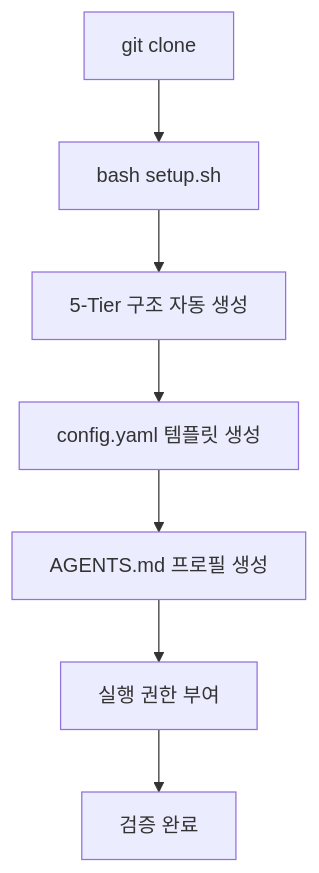
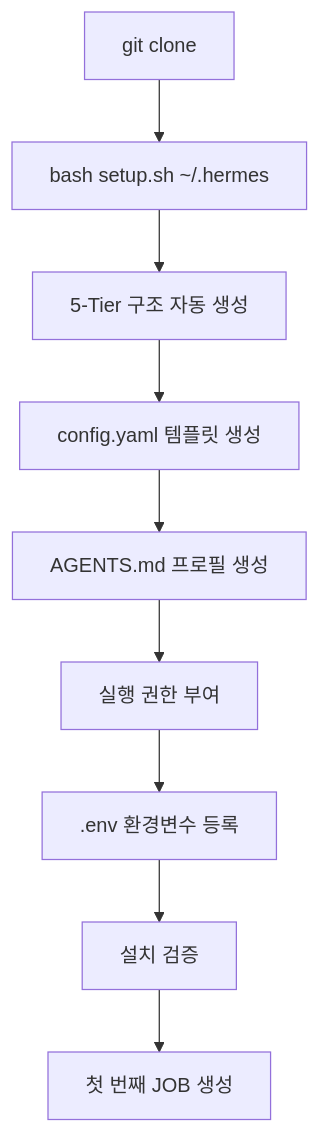
Before and after one commit to pheanor-agent/p-hermes: the diagram in docs/wiki/getting-started/install.md, drawn with Mermaid. The commit also changed other lines of this file and 46 other files, not shown here.

````diff
--- a/docs/wiki/getting-started/install.md
+++ b/docs/wiki/getting-started/install.md
@@ -34,9 +99,11 @@
 ```mermaid
 graph TD
-    A[git clone] --> B[bash setup.sh]
+    A[git clone] --> B[bash setup.sh ~/.hermes]
     B --> C[5-Tier 구조 자동 생성]
     C --> D[config.yaml 템플릿 생성]
     D --> E[AGENTS.md 프로필 생성]
     E --> F[실행 권한 부여]
-    F --> G[검증 완료]
+    F --> G[.env 환경변수 등록]
+    G --> H[설치 검증]
+    H --> I[첫 번째 JOB 생성]
 ```
````
